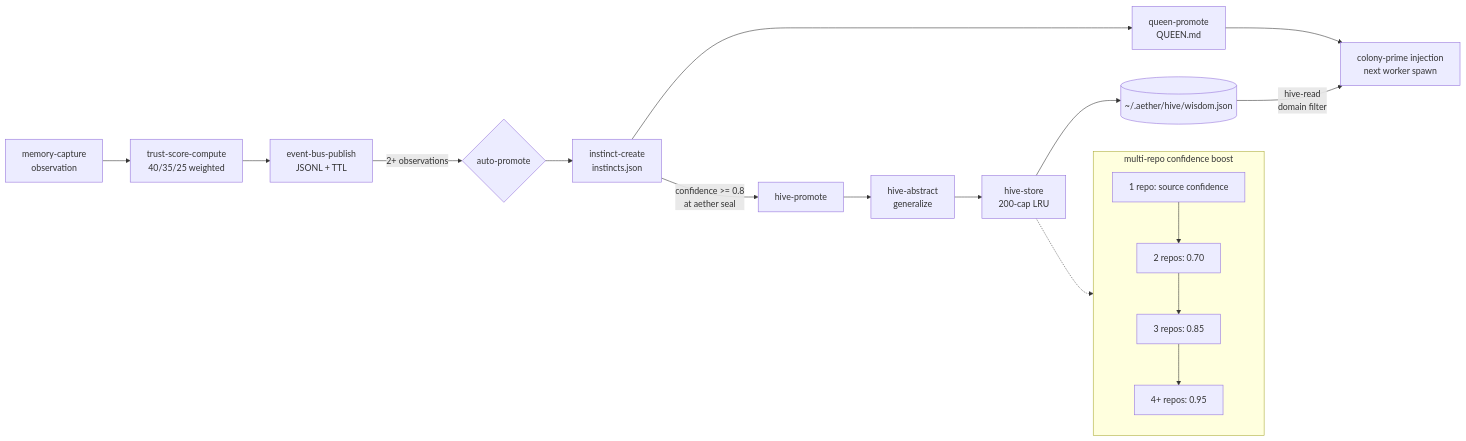
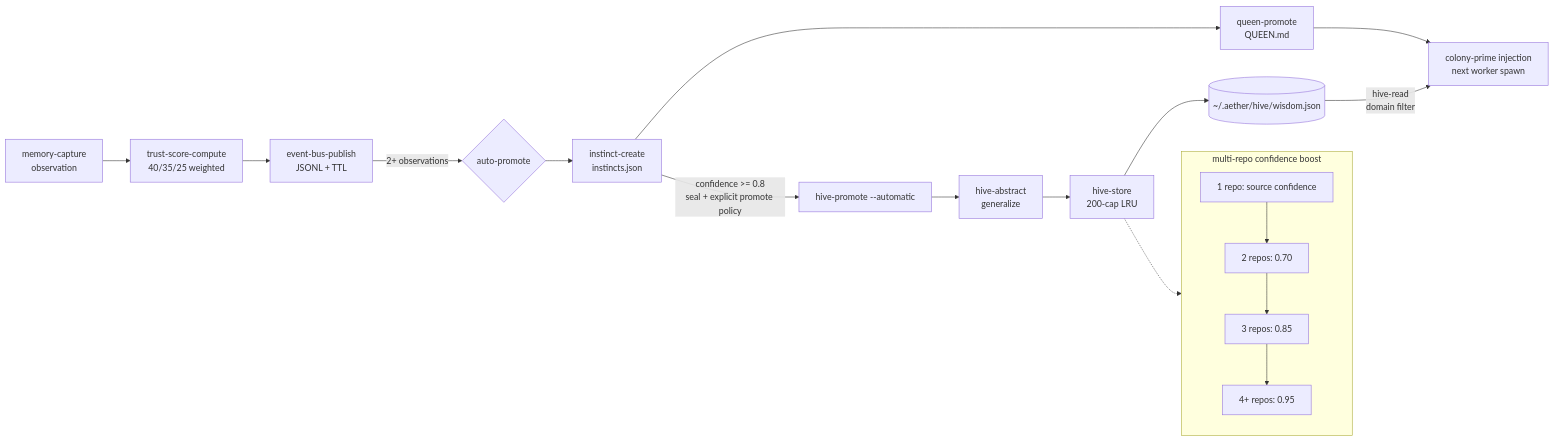
Before and after one commit to calcosmic/Aether: the second of 2 diagrams in AGENTS.md, drawn with Mermaid. The commit also changed other lines of this file and 992 other files, not shown here.

````diff
--- a/AGENTS.md
+++ b/AGENTS.md
@@ -810,23 +820,23 @@
 ```mermaid
 flowchart LR
     OBS[memory-capture<br/>observation] --> TS[trust-score-compute<br/>40/35/25 weighted]
     TS --> BUS[event-bus-publish<br/>JSONL + TTL]
     BUS -->|2+ observations| PROMOTE{auto-promote}
     PROMOTE --> INST[instinct-create<br/>instincts.json]
     INST --> QP[queen-promote<br/>QUEEN.md]
     QP --> CP2[colony-prime injection<br/>next worker spawn]
 
-    INST -->|confidence >= 0.8<br/>at aether seal| HP[hive-promote]
+    INST -->|confidence >= 0.8<br/>seal + explicit promote policy| HP[hive-promote --automatic]
     HP --> HA[hive-abstract<br/>generalize]
     HA --> HS[hive-store<br/>200-cap LRU]
     HS --> HV2[(~/.aether/hive/wisdom.json)]
     HV2 -->|hive-read<br/>domain filter| CP2
 
     subgraph CONF[multi-repo confidence boost]
         direction TB
         C1[1 repo: source confidence] --> C2[2 repos: 0.70]
         C2 --> C3[3 repos: 0.85]
         C3 --> C4[4+ repos: 0.95]
     end
     HS -.-> CONF
 ```
````
